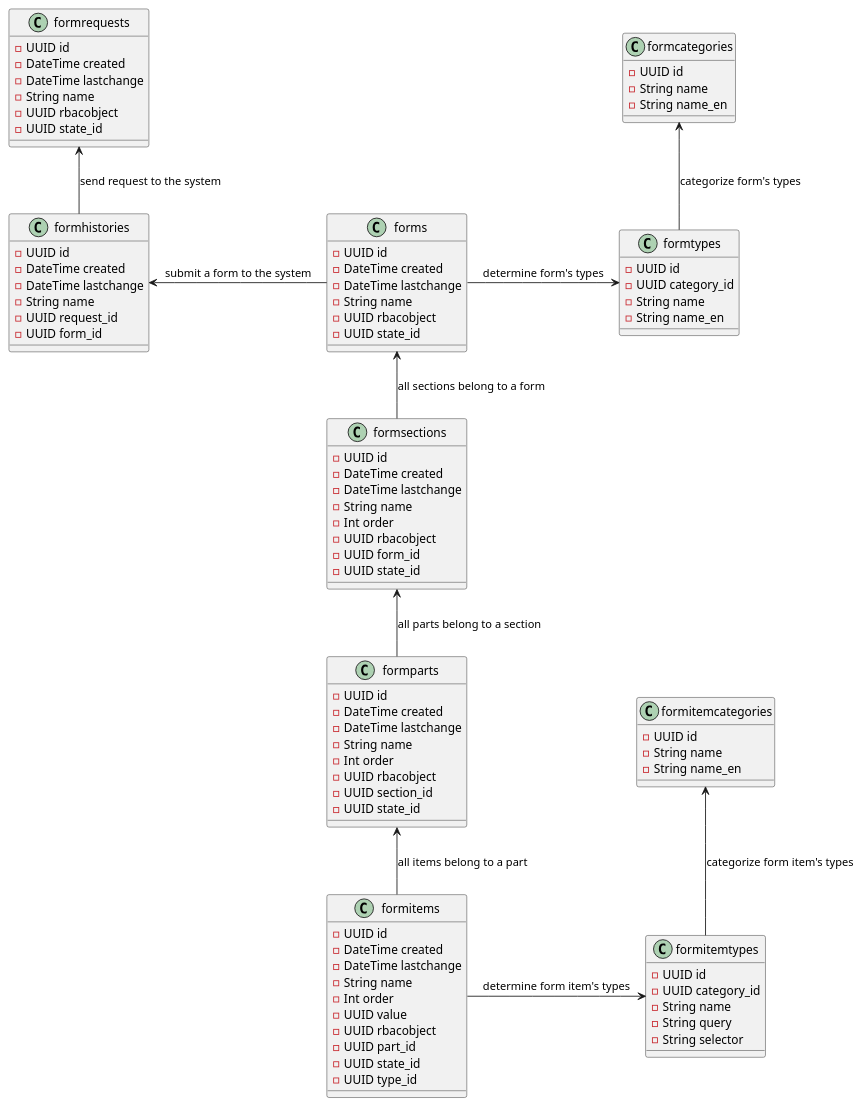
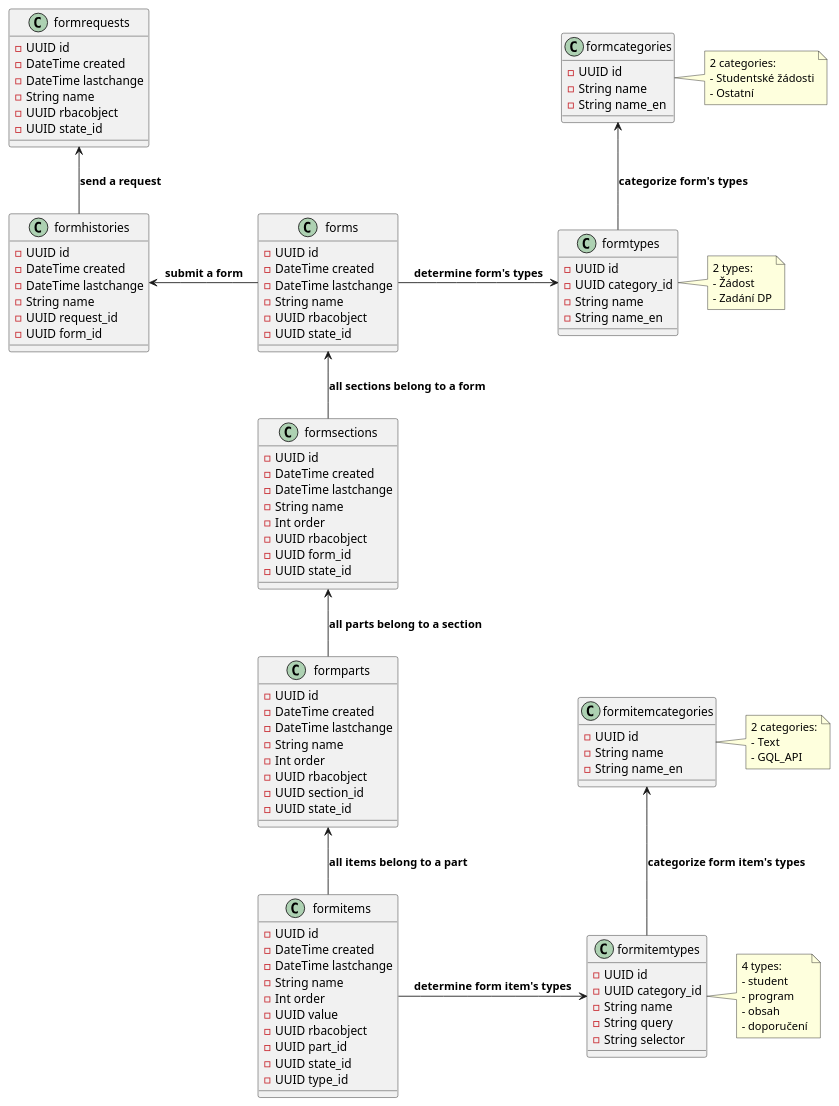
The diagram in forms_model/forms.plantuml (Minhdung163/UML_Form), drawn with PlantUML before and after one commit. The commit also changed 1 other file, not shown here.

```diff
--- a/forms_model/forms.plantuml
+++ b/forms_model/forms.plantuml
@@ -1,115 +1,140 @@
 @startuml class_diagram
 '''''''''''''''''''''''''''''''''''''''''''''''''''''''''''''''''''''''''''''''''''''''''''
 'Request
 
 class formrequests{
     -UUID id
     -DateTime created
     -DateTime lastchange
     -String name
     -UUID rbacobject
     -UUID state_id
 }
 
 class formhistories{
     -UUID id
     -DateTime created
     -DateTime lastchange
     -String name
     -UUID request_id
     -UUID form_id
 }
 
 class forms{
     -UUID id
     -DateTime created
     -DateTime lastchange
     -String name
     -UUID rbacobject
     -UUID state_id
 }
 
-forms -left-> formhistories : submit a form to the system
-formhistories -up-> formrequests : send request to the system
+forms -left-> formhistories : **submit a form**
+formhistories -up-> formrequests : **send a request**
 
 '''''''''''''''''''''''''''''''''''''''''''''''''''''''''''''''''''''''''''''''''''''''''''
 'Forms categorization
 
 class formtypes{
     -UUID id
     -UUID category_id
     -String name
     -String name_en
 }
 
+note right of formtypes
+    2 types:
+    - Žádost
+    - Zadání DP
+end note
+
 class formcategories{
     -UUID id
     -String name
     -String name_en
 }
 
-forms -right-> formtypes : determine form's types
-formtypes -up-> formcategories : categorize form's types
+note right of formcategories
+    2 categories:
+    - Studentské žádosti
+    - Ostatní
+end note
+
+forms -right-> formtypes : **determine form's types**
+formtypes -up-> formcategories : **categorize form's types**
 
 '''''''''''''''''''''''''''''''''''''''''''''''''''''''''''''''''''''''''''''''''''''''''''
 'Parts of a form
 
 class formsections{
     -UUID id
     -DateTime created
     -DateTime lastchange
     -String name
     -Int order
     -UUID rbacobject
     -UUID form_id
     -UUID state_id
 }
 
 class formparts{
     -UUID id
     -DateTime created
     -DateTime lastchange
     -String name
     -Int order
     -UUID rbacobject
     -UUID section_id
     -UUID state_id
 }
 
 class formitems{
     -UUID id
     -DateTime created
     -DateTime lastchange
     -String name
     -Int order
     -UUID value
     -UUID rbacobject
     -UUID part_id
     -UUID state_id
     -UUID type_id
 }
 
-formsections -up-> forms : all sections belong to a form
-formparts -up-> formsections : all parts belong to a section
-formitems -up-> formparts : all items belong to a part
+formsections -up-> forms : **all sections belong to a form**
+formparts -up-> formsections : **all parts belong to a section**
+formitems -up-> formparts : **all items belong to a part**
 
 '''''''''''''''''''''''''''''''''''''''''''''''''''''''''''''''''''''''''''''''''''''''''''
 'Form item categorization
 
 class formitemtypes{
     -UUID id
     -UUID category_id
     -String name
     -String query
     -String selector
 }
 
+note right of formitemtypes
+    4 types:
+    - student
+    - program
+    - obsah
+    - doporučení
+end note
+
 class formitemcategories{
     -UUID id
     -String name
     -String name_en
 }
+note right of formitemcategories
+    2 categories:
+    - Text
+    - GQL_API
+end note
 
-formitems -right-> formitemtypes : determine form item's types
-formitemtypes -up-> formitemcategories : categorize form item's types
+formitems -right-> formitemtypes : **determine form item's types**
+formitemtypes -up-> formitemcategories : **categorize form item's types**
 @enduml
```
